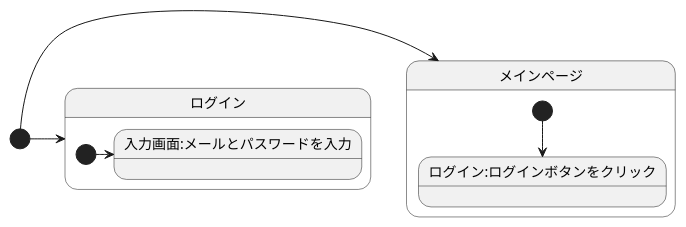
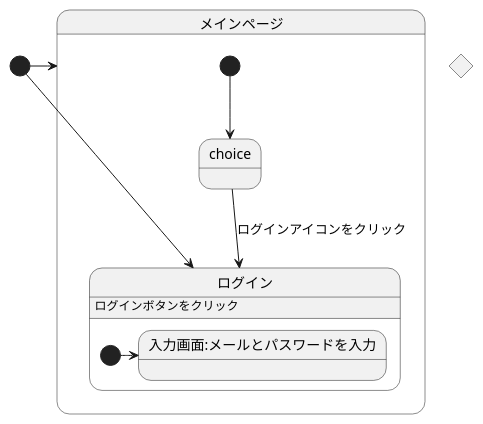
Before and after one commit to akutori/T-D-E: the diagram in UML.md, drawn with PlantUML.

````diff
--- a/UML.md
+++ b/UML.md
@@ -1,17 +1,20 @@
 ```uml
 @startuml
 [*]->メインページ
 state メインページ{
-    [*]--> ログイン:ログインボタンをクリック
+    [*]--> choice
+    choice -->ログイン : ログインアイコンをクリック 
+    ログイン:ログインボタンをクリック
+
 }
 
 [*] -> ログイン
 
 state ログイン{
     [*]-> 入力画面:メールとパスワードを入力
 }
 
-
+state input <<choice>>
 
 @enduml
 ```
````
